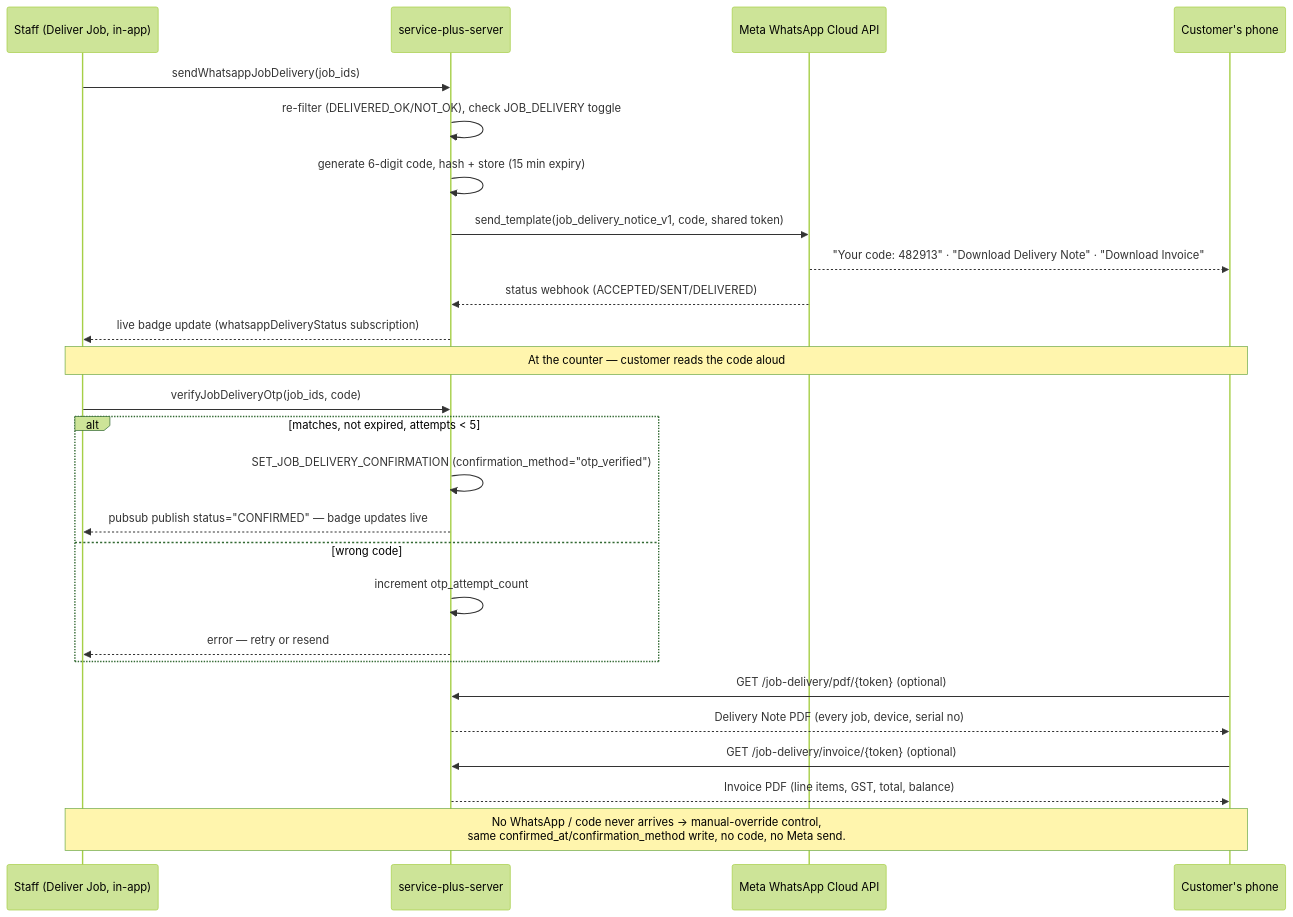
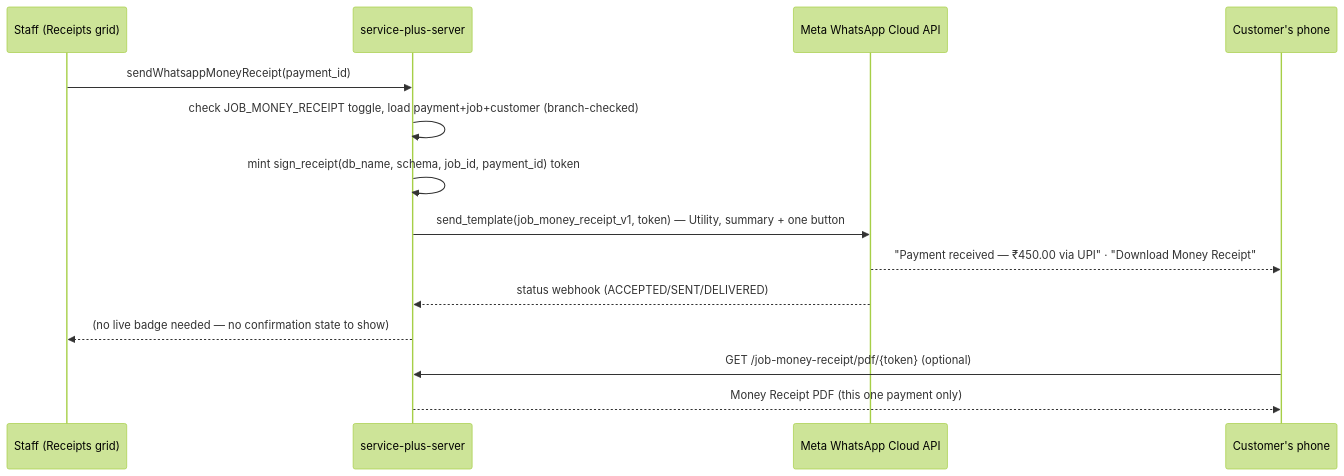
The diagram in dev/service-plus-client/plans/plan.md (capitalch/service-plus), drawn with Mermaid (forest theme) before and after one commit. The commit also changed other lines of this file and 65 other files, not shown here.

````diff
--- a/dev/service-plus-client/plans/plan.md
+++ b/dev/service-plus-client/plans/plan.md
@@ -187,33 +173,18 @@
 ```mermaid
 sequenceDiagram
-    participant Staff as Staff (Deliver Job, in-app)
+    participant Staff as Staff (Receipts grid)
     participant Server as service-plus-server
     participant Meta as Meta WhatsApp Cloud API
     participant Customer as Customer's phone
 
-    Staff->>Server: sendWhatsappJobDelivery(job_ids)
-    Server->>Server: re-filter (DELIVERED_OK/NOT_OK), check JOB_DELIVERY toggle
-    Server->>Server: generate 6-digit code, hash + store (15 min expiry)
-    Server->>Meta: send_template(job_delivery_notice_v1, code, shared token)
-    Meta-->>Customer: "Your code: 482913" · "Download Delivery Note" · "Download Invoice"
+    Staff->>Server: sendWhatsappMoneyReceipt(payment_id)
+    Server->>Server: check JOB_MONEY_RECEIPT toggle, load payment+job+customer (branch-checked)
+    Server->>Server: mint sign_receipt(db_name, schema, job_id, payment_id) token
+    Server->>Meta: send_template(job_money_receipt_v1, token) — Utility, summary + one button
+    Meta-->>Customer: "Payment received — ₹450.00 via UPI" · "Download Money Receipt"
     Meta-->>Server: status webhook (ACCEPTED/SENT/DELIVERED)
-    Server-->>Staff: live badge update (whatsappDeliveryStatus subscription)
+    Server-->>Staff: (no live badge needed — no confirmation state to show)
 
-    Note over Customer,Staff: At the counter — customer reads the code aloud
-
-    Staff->>Server: verifyJobDeliveryOtp(job_ids, code)
-    alt matches, not expired, attempts < 5
-        Server->>Server: SET_JOB_DELIVERY_CONFIRMATION (confirmation_method="otp_verified")
-        Server-->>Staff: pubsub publish status="CONFIRMED" — badge updates live
-    else wrong code
-        Server->>Server: increment otp_attempt_count
-        Server-->>Staff: error — retry or resend
-    end
-
-    Customer->>Server: GET /job-delivery/pdf/{token} (optional)
-    Server-->>Customer: Delivery Note PDF (every job, device, serial no)
-    Customer->>Server: GET /job-delivery/invoice/{token} (optional)
-    Server-->>Customer: Invoice PDF (line items, GST, total, balance)
-
-    Note over Staff,Customer: No WhatsApp / code never arrives → manual-override control,<br/>same confirmed_at/confirmation_method write, no code, no Meta send.
+    Customer->>Server: GET /job-money-receipt/pdf/{token} (optional)
+    Server-->>Customer: Money Receipt PDF (this one payment only)
 ```
````
